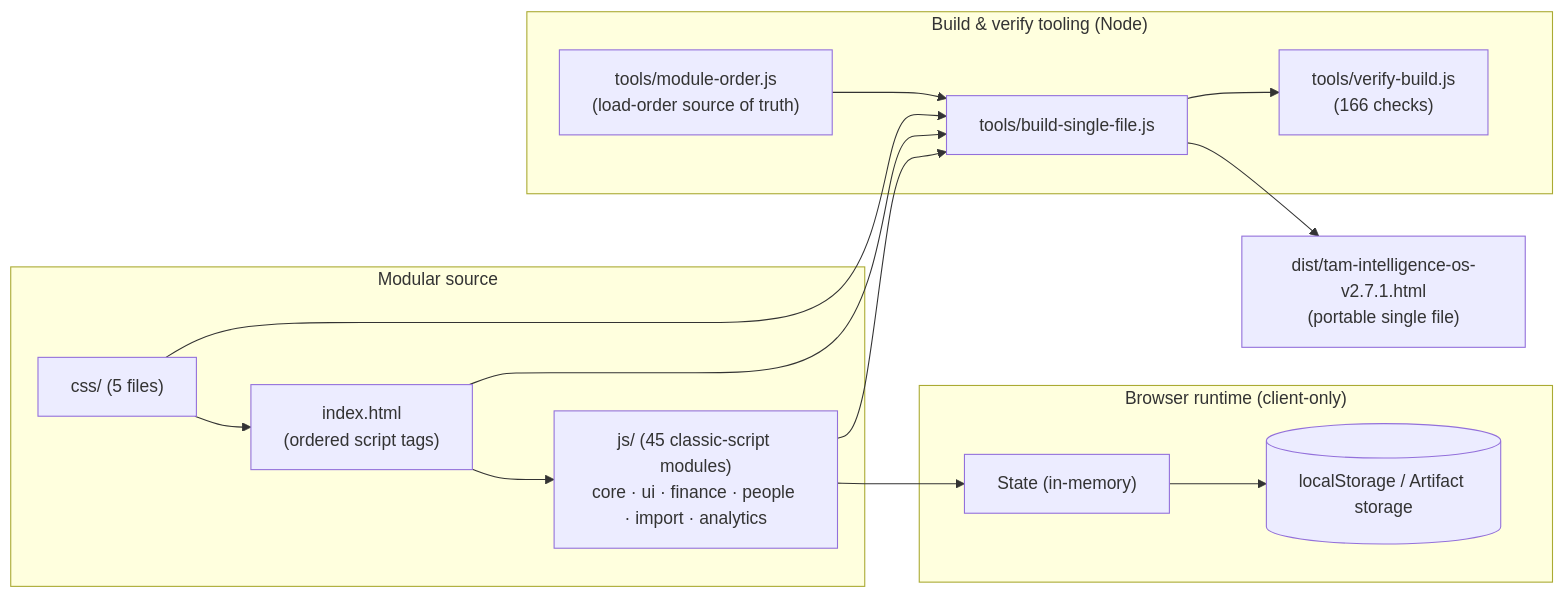
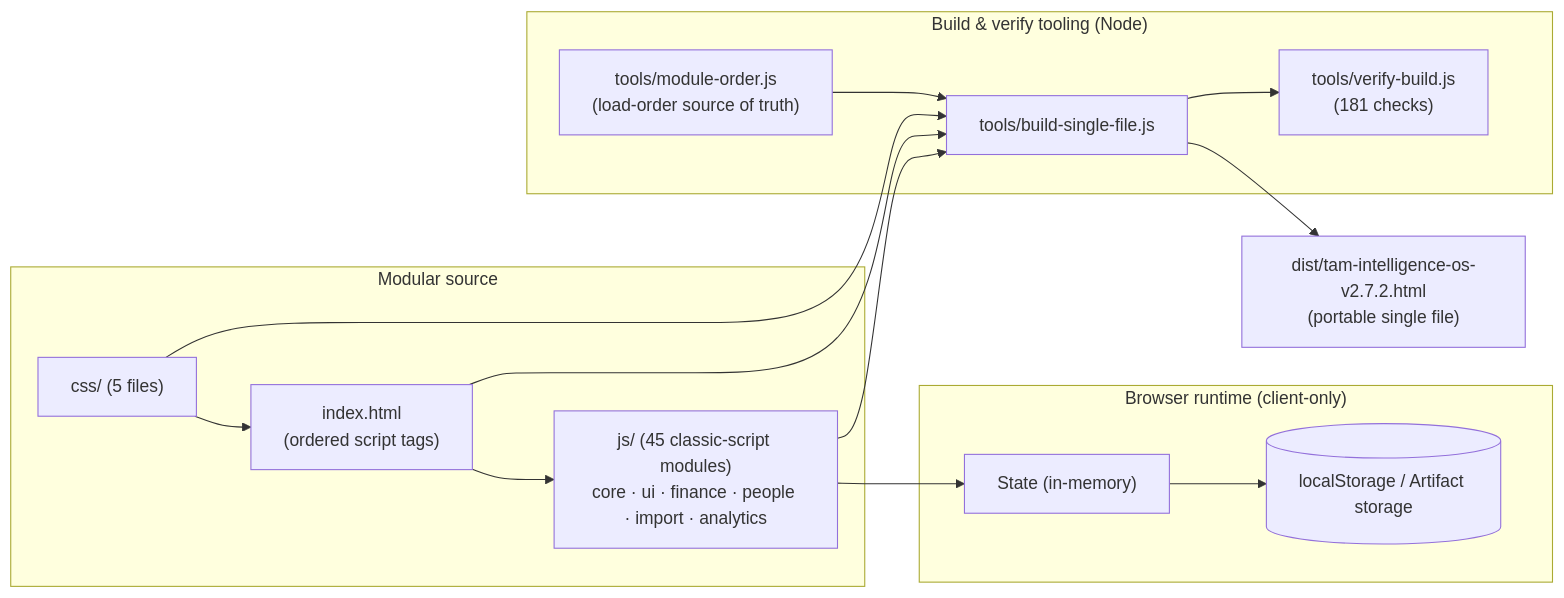
Before and after one commit to fanoryu/TAM-Intelligence-OS: the first of 2 diagrams in README.md, drawn with Mermaid. The commit also changed other lines of this file and 12 other files, not shown here.

````diff
--- a/README.md
+++ b/README.md
@@ -155,27 +150,27 @@
 ```mermaid
 flowchart LR
   subgraph Source["Modular source"]
     IDX["index.html<br/>(ordered script tags)"]
     CSS["css/ (5 files)"]
     JS["js/ (45 classic-script modules)<br/>core · ui · finance · people · import · analytics"]
   end
   subgraph Runtime["Browser runtime (client-only)"]
     STATE["State (in-memory)"]
     LS[("localStorage / Artifact storage")]
   end
   subgraph Build["Build & verify tooling (Node)"]
     ORDER["tools/module-order.js<br/>(load-order source of truth)"]
     BUILD["tools/build-single-file.js"]
-    VERIFY["tools/verify-build.js<br/>(166 checks)"]
+    VERIFY["tools/verify-build.js<br/>(181 checks)"]
   end
-  DIST["dist/tam-intelligence-os-v2.7.1.html<br/>(portable single file)"]
+  DIST["dist/tam-intelligence-os-v2.7.2.html<br/>(portable single file)"]
 
   IDX --> JS --> STATE --> LS
   CSS --> IDX
   ORDER --> BUILD
   IDX --> BUILD
   CSS --> BUILD
   JS --> BUILD
   BUILD --> DIST
   BUILD --> VERIFY
 ```
````
